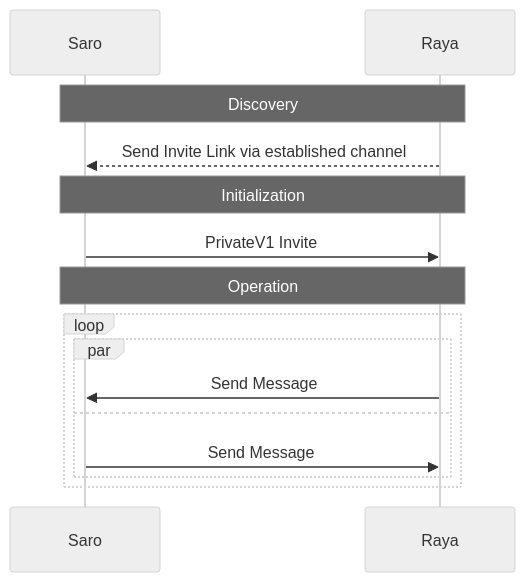
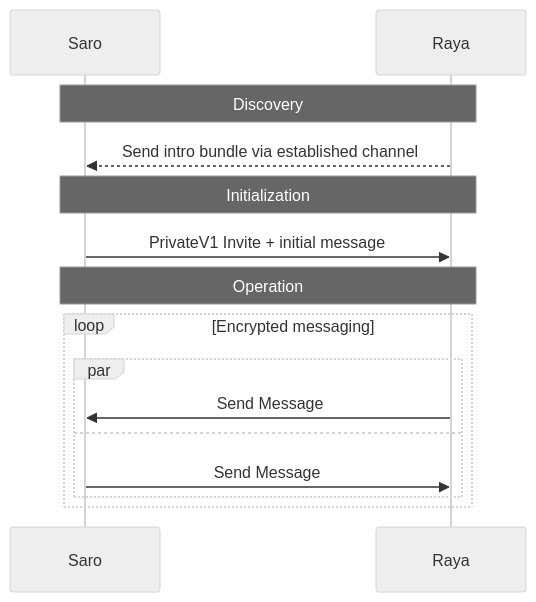
One commit to logos-messaging/logos-chat changed the diagram in README.md. Above: the diagram before and after it, drawn with Mermaid (neutral theme). The commit also changed other lines of this file and 1 other file, not shown here.

````diff
--- a/README.md
+++ b/README.md
@@ -115,20 +96,20 @@
- ```mermaid
+```mermaid
 sequenceDiagram
     participant S as Saro
     participant R as Raya
 
     Note over R,S: Discovery
-    R -->> S: Send Invite Link via established channel
+    R -->> S: Send intro bundle via established channel
 
     Note over R,S: Initialization
-    S ->> R: PrivateV1 Invite
+    S ->> R: PrivateV1 Invite + initial message
 
     Note over R,S: Operation
-    loop
+    loop Encrypted messaging
         par
-            R->> S: Send Message
+            R ->> S: Send Message
         and
-            S->> R: Send Message
+            S ->> R: Send Message
         end
     end
- ```
+```
````
